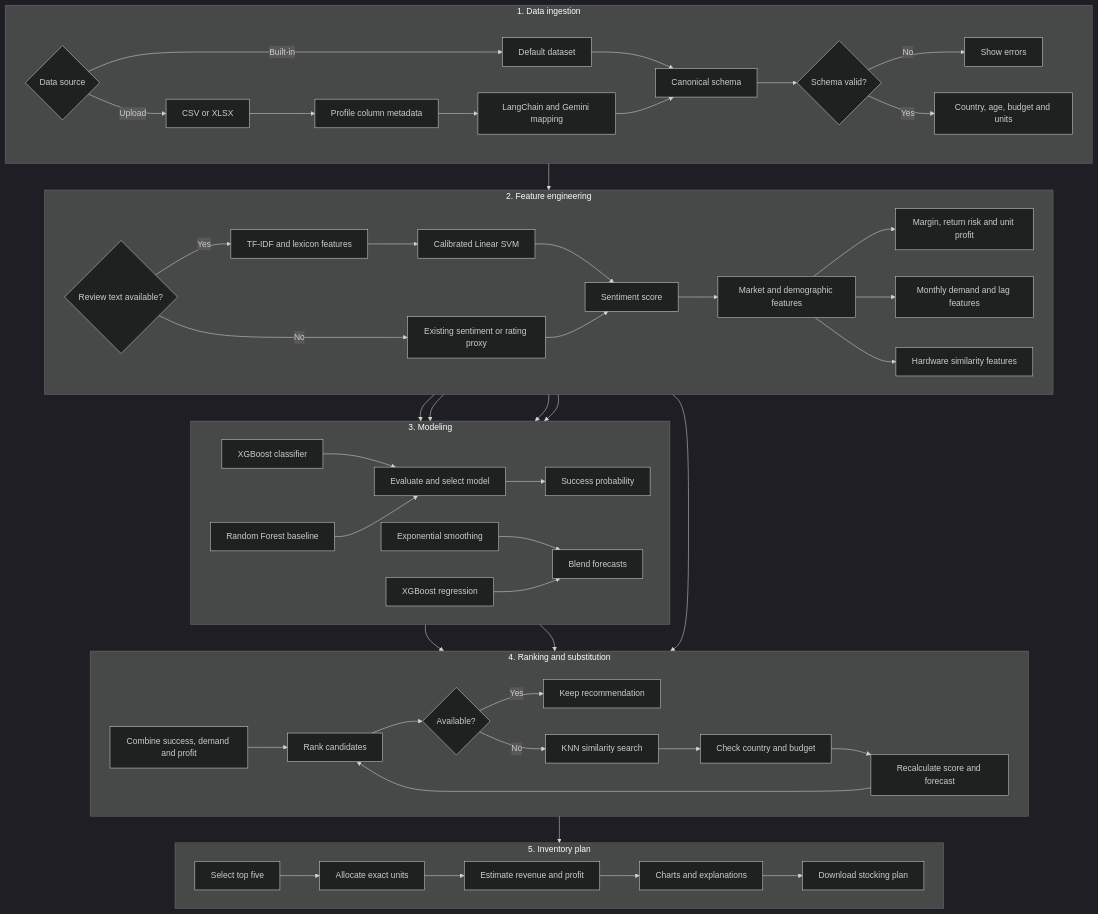
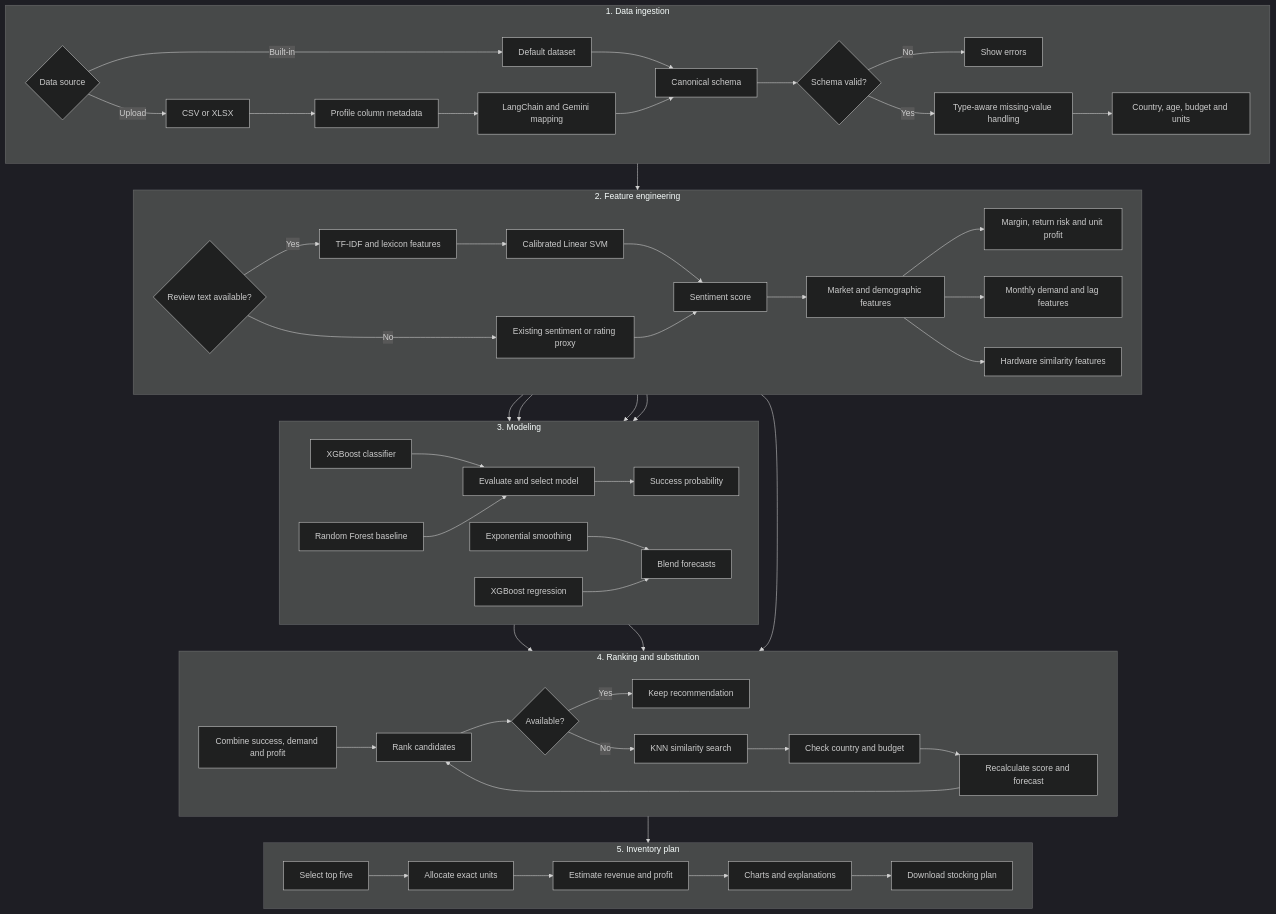
One commit to sameerkumar01/ML_restocking_tool changed the diagram in README.md. Above: the diagram before and after it, drawn with Mermaid (dark theme). The commit also changed other lines of this file and 4 other files, not shown here.

````diff
--- a/README.md
+++ b/README.md
@@ -24,67 +25,68 @@
 ```mermaid
 flowchart TB
     subgraph INPUT["1. Data ingestion"]
         direction LR
         A{Data source} -->|Built-in| B[Default dataset]
         A -->|Upload| C[CSV or XLSX]
         C --> D[Profile column metadata]
         D --> E[LangChain and Gemini mapping]
         B --> F[Canonical schema]
         E --> F
         F --> G{Schema valid?}
         G -->|No| H[Show errors]
-        G -->|Yes| I[Country, age, budget and units]
+        G -->|Yes| I[Type-aware missing-value handling]
+        I --> J[Country, age, budget and units]
     end
 
     subgraph FEATURES["2. Feature engineering"]
         direction LR
-        J{Review text available?}
-        J -->|Yes| K[TF-IDF and lexicon features]
-        K --> L[Calibrated Linear SVM]
-        J -->|No| M[Existing sentiment or rating proxy]
-        L --> N[Sentiment score]
-        M --> N
-        N --> O[Market and demographic features]
-        O --> P[Margin, return risk and unit profit]
-        O --> Q[Monthly demand and lag features]
-        O --> R[Hardware similarity features]
+        K{Review text available?}
+        K -->|Yes| L[TF-IDF and lexicon features]
+        L --> M[Calibrated Linear SVM]
+        K -->|No| N[Existing sentiment or rating proxy]
+        M --> O[Sentiment score]
+        N --> O
+        O --> P[Market and demographic features]
+        P --> Q[Margin, return risk and unit profit]
+        P --> R[Monthly demand and lag features]
+        P --> S[Hardware similarity features]
     end
 
     subgraph MODELS["3. Modeling"]
         direction LR
-        P --> S[XGBoost classifier]
-        P --> T[Random Forest baseline]
-        S --> U[Evaluate and select model]
-        T --> U
-        U --> V[Success probability]
-        Q --> W[Exponential smoothing]
-        Q --> X[XGBoost regression]
-        W --> Y[Blend forecasts]
-        X --> Y
+        Q --> T[XGBoost classifier]
+        Q --> U[Random Forest baseline]
+        T --> V[Evaluate and select model]
+        U --> V
+        V --> W[Success probability]
+        R --> X[Exponential smoothing]
+        R --> Y[XGBoost regression]
+        X --> Z[Blend forecasts]
+        Y --> Z
     end
 
     subgraph SUBSTITUTE["4. Ranking and substitution"]
         direction LR
-        V --> Z[Combine success, demand and profit]
-        Y --> Z
-        Z --> AA[Rank candidates]
-        AA --> AB{Available?}
-        AB -->|Yes| AC[Keep recommendation]
-        AB -->|No| AD[KNN similarity search]
-        R --> AD
-        AD --> AE[Check country and budget]
-        AE --> AF[Recalculate score and forecast]
-        AF --> AA
+        W --> AA[Combine success, demand and profit]
+        Z --> AA
+        AA --> AB[Rank candidates]
+        AB --> AC{Available?}
+        AC -->|Yes| AD[Keep recommendation]
+        AC -->|No| AE[KNN similarity search]
+        S --> AE
+        AE --> AF[Check country and budget]
+        AF --> AG[Recalculate score and forecast]
+        AG --> AB
     end
 
     subgraph OUTPUT["5. Inventory plan"]
         direction LR
-        AG[Select top five] --> AH[Allocate exact units]
-        AH --> AI[Estimate revenue and profit]
-        AI --> AJ[Charts and explanations]
-        AJ --> AK[Download stocking plan]
+        AH[Select top five] --> AI[Allocate exact units]
+        AI --> AJ[Estimate revenue and profit]
+        AJ --> AK[Charts and explanations]
+        AK --> AL[Download stocking plan]
     end
 
-    I --> J
-    AC --> AG
+    J --> K
+    AD --> AH
 ```
````
